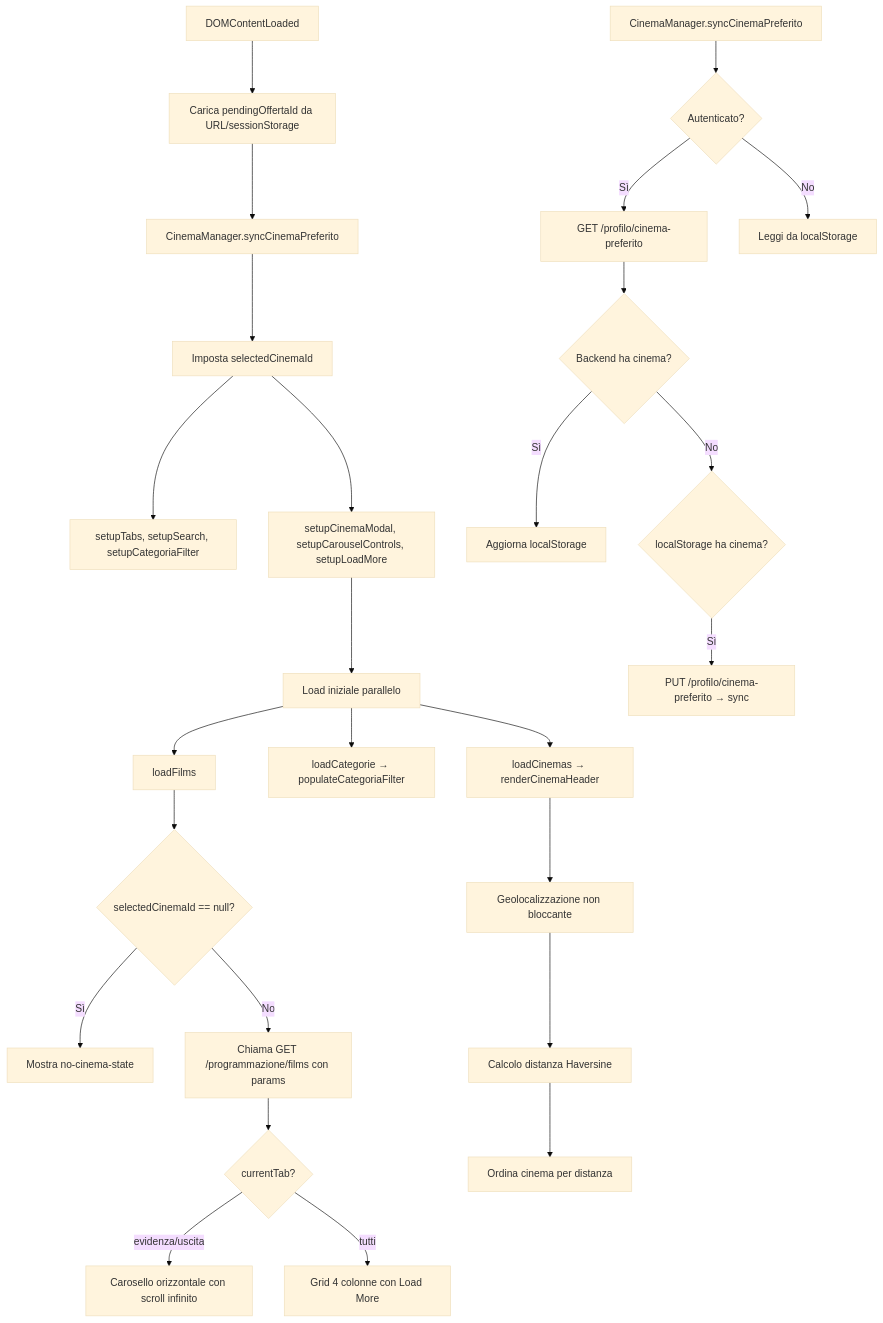
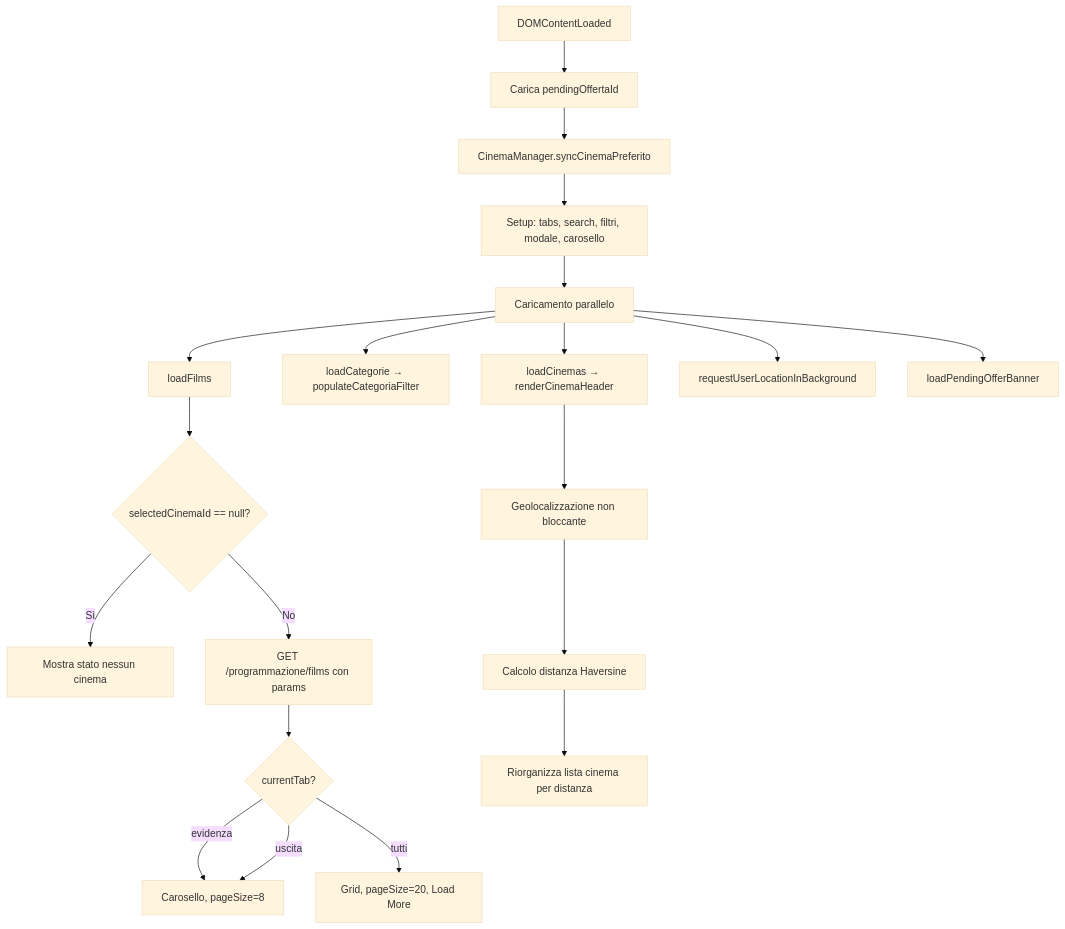
One commit to RizzoThomas/esercizioopencodefilm changed the third of 3 diagrams in film-app-dev_iteration_4/presentazione/04-programmazione.md. Above: the diagram before and after it, drawn with Mermaid (base theme). The commit also changed other lines of this file and 10 other files, not shown here.

Commit message:
docs: enhance presentazione with tables, pie charts, and detailed workflows

````diff
--- a/film-app-dev_iteration_4/presentazione/04-programmazione.md
+++ b/film-app-dev_iteration_4/presentazione/04-programmazione.md
@@ -86,34 +99,26 @@
 ```mermaid
 flowchart TD
-    A[DOMContentLoaded] --> B[Carica pendingOffertaId da URL/sessionStorage]
+    A[DOMContentLoaded] --> B[Carica pendingOffertaId]
     B --> C[CinemaManager.syncCinemaPreferito]
+    C --> D[Setup: tabs, search, filtri, modale, carosello]
+    
+    D --> E[Caricamento parallelo]
+    E --> F1[loadFilms]
+    E --> F2[loadCategorie → populateCategoriaFilter]
+    E --> F3[loadCinemas → renderCinemaHeader]
+    E --> F4[requestUserLocationInBackground]
+    E --> F5[loadPendingOfferBanner]
 
-    C --> D[Imposta selectedCinemaId]
-    D --> E[setupTabs, setupSearch, setupCategoriaFilter]
-    D --> F[setupCinemaModal, setupCarouselControls, setupLoadMore]
+    F1 --> G{selectedCinemaId == null?}
+    G -->|Sì| H[Mostra stato nessun cinema]
+    G -->|No| I[GET /programmazione/films con params]
 
-    F --> G[Load iniziale parallelo]
-    G --> H1[loadFilms]
-    G --> H2[loadCategorie → populateCategoriaFilter]
-    G --> H3[loadCinemas → renderCinemaHeader]
+    I --> J{currentTab?}
+    J -->|evidenza| K[Carosello, pageSize=8]
+    J -->|uscita| K
+    J -->|tutti| L[Grid, pageSize=20, Load More]
 
-    H1 --> I{selectedCinemaId == null?}
-    I -->|Sì| J[Mostra no-cinema-state]
-    I -->|No| K[Chiama GET /programmazione/films con params]
-
-    K --> L{currentTab?}
-    L -->|evidenza/uscita| M[Carosello orizzontale con scroll infinito]
-    L -->|tutti| N[Grid 4 colonne con Load More]
-
-    H3 --> O[Geolocalizzazione non bloccante]
-    O --> P[Calcolo distanza Haversine]
-    P --> Q[Ordina cinema per distanza]
-
-    R[CinemaManager.syncCinemaPreferito] --> S{Autenticato?}
-    S -->|Sì| T[GET /profilo/cinema-preferito]
-    S -->|No| U[Leggi da localStorage]
-    T --> V{Backend ha cinema?}
-    V -->|Sì| W[Aggiorna localStorage]
-    V -->|No| X{localStorage ha cinema?}
-    X -->|Sì| Y[PUT /profilo/cinema-preferito → sync]
+    F3 --> M[Geolocalizzazione non bloccante]
+    M --> N[Calcolo distanza Haversine]
+    N --> O[Riorganizza lista cinema per distanza]
 ```
````
